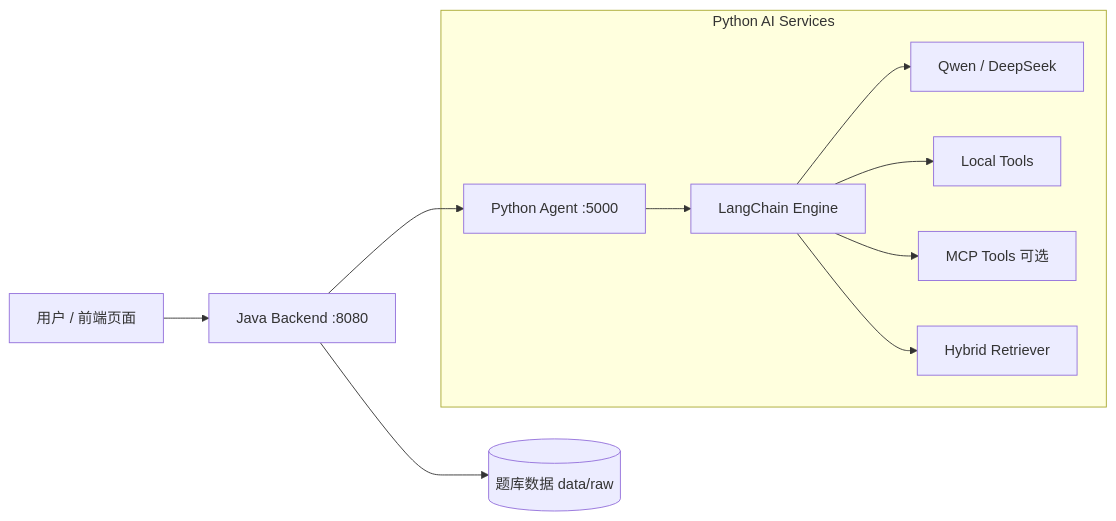
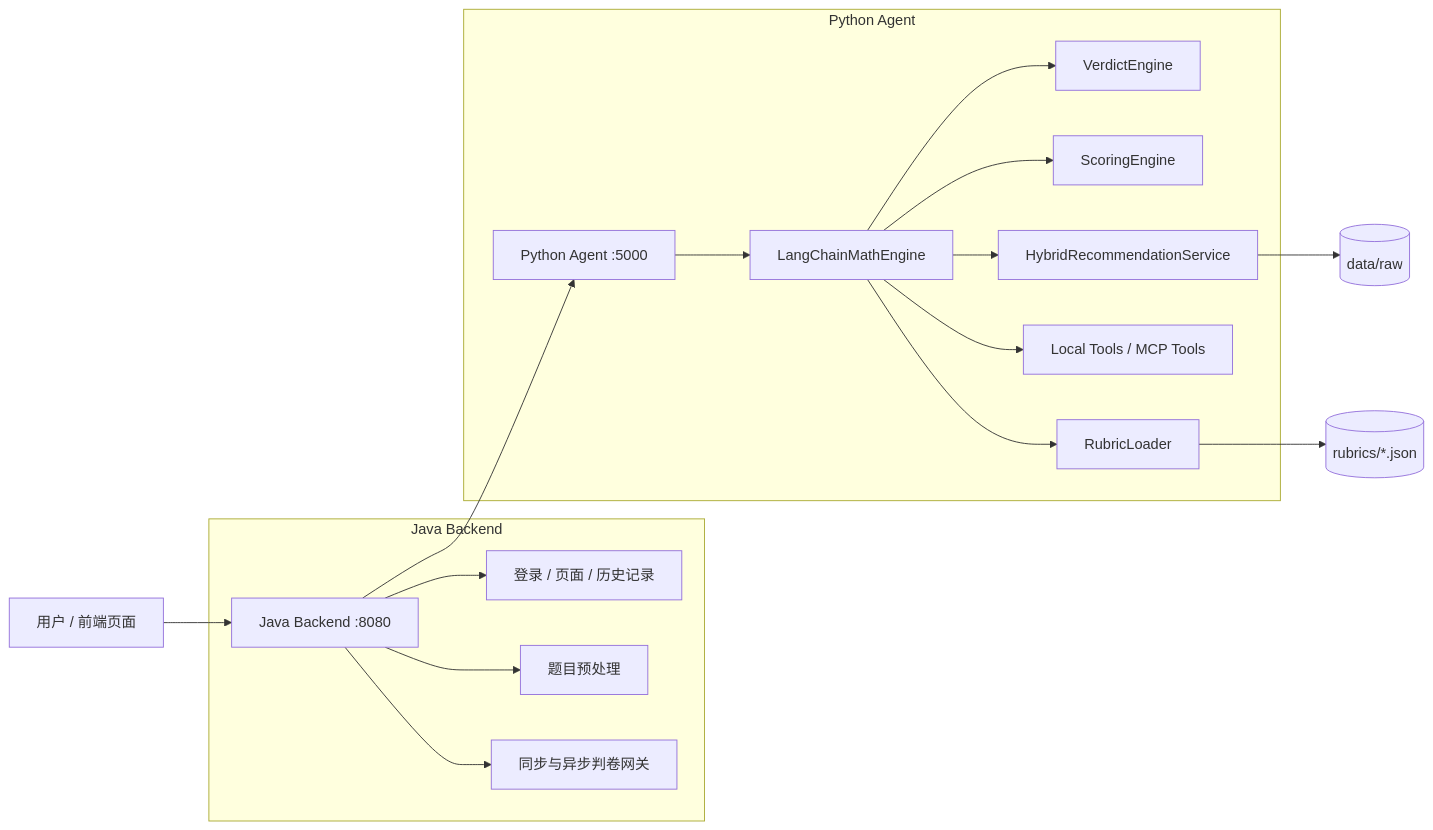
Before and after one commit to KivenCyril/MathGrader: the first of 2 diagrams in README.md, drawn with Mermaid. The commit also changed other lines of this file, not shown here.

````diff
--- a/README.md
+++ b/README.md
@@ -26,15 +34,23 @@
 ```mermaid
 flowchart LR
     U[用户 / 前端页面] --> J[Java Backend :8080]
     J --> P[Python Agent :5000]
 
-    subgraph PY[Python AI Services]
-      P --> E[LangChain Engine]
-      E --> LLM1[Qwen / DeepSeek]
-      E --> T1[Local Tools]
-      E --> T2[MCP Tools 可选]
-      E --> R[Hybrid Retriever]
+    subgraph JAVA[Java Backend]
+      J --> J1[登录 / 页面 / 历史记录]
+      J --> J2[题目预处理]
+      J --> J3[同步与异步判卷网关]
     end
 
-    J --> D[(题库数据 data/raw)]
+    subgraph PY[Python Agent]
+      P --> E[LangChainMathEngine]
+      E --> V[VerdictEngine]
+      E --> S[ScoringEngine]
+      E --> R[HybridRecommendationService]
+      E --> T[Local Tools / MCP Tools]
+      E --> RB[RubricLoader]
+    end
+
+    R --> D[(data/raw)]
+    RB --> RU[(rubrics/*.json)]
 ```
````
